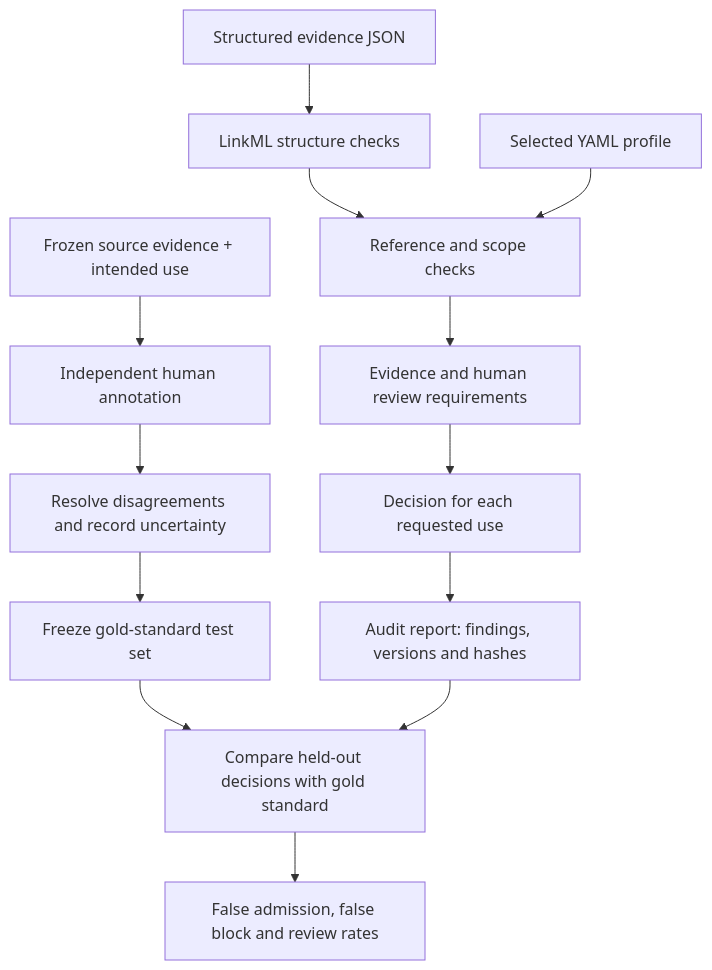
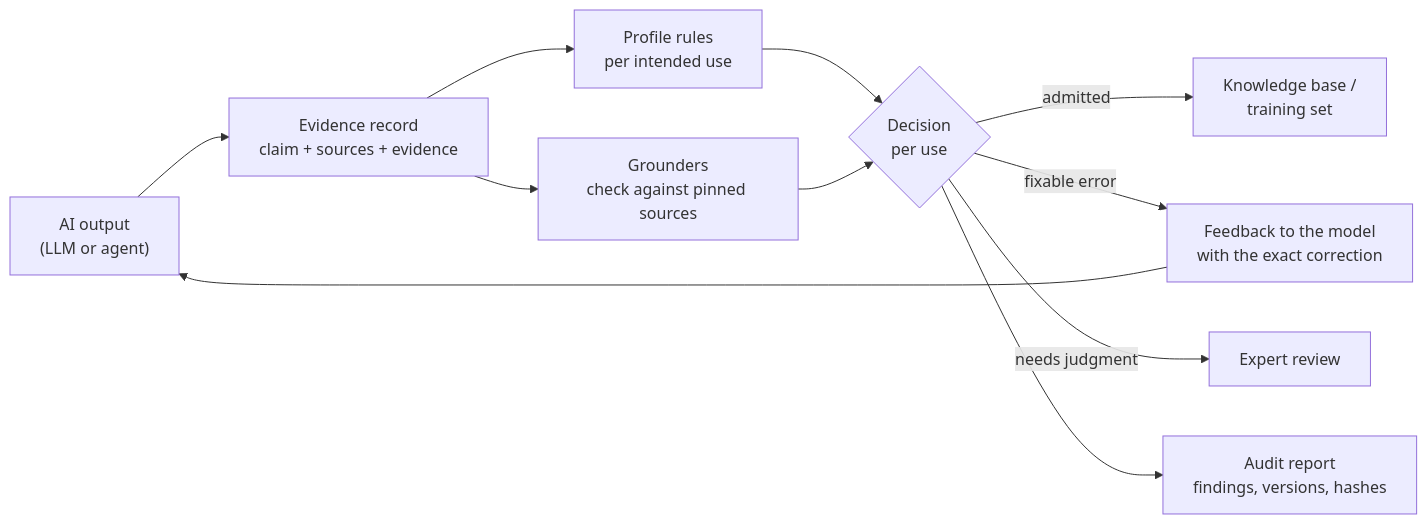
One commit to NingyuSUN/bioai-evidence-validator changed the second of 2 diagrams in README.md. Above: the diagram before and after it, drawn with Mermaid. The commit also changed other lines of this file and 2 other files, not shown here.

````diff
--- a/README.md
+++ b/README.md
@@ -171,15 +115,13 @@
 ```mermaid
-flowchart TD
-    A["Structured evidence JSON"] --> B["LinkML structure checks"]
-    B --> C["Reference and scope checks"]
-    P["Selected YAML profile"] --> C
-    C --> D["Evidence and human review requirements"]
-    D --> E["Decision for each requested use"]
-    E --> F["Audit report: findings, versions and hashes"]
-    S["Frozen source evidence + intended use"] --> R["Independent human annotation"]
-    R --> J["Resolve disagreements and record uncertainty"]
-    J --> G["Freeze gold-standard test set"]
-    G --> V["Compare held-out decisions with gold standard"]
-    F --> V
-    V --> M["False admission, false block and review rates"]
+flowchart LR
+    A["AI output<br/>(LLM or agent)"] --> R["Evidence record<br/>claim + sources + evidence"]
+    R --> P["Profile rules<br/>per intended use"]
+    R --> G["Grounders<br/>check against pinned sources"]
+    P --> D{"Decision<br/>per use"}
+    G --> D
+    D -->|admitted| K["Knowledge base /<br/>training set"]
+    D -->|fixable error| F["Feedback to the model<br/>with the exact correction"]
+    F --> A
+    D -->|needs judgment| H["Expert review"]
+    D --> L["Audit report<br/>findings, versions, hashes"]
 ```
````
